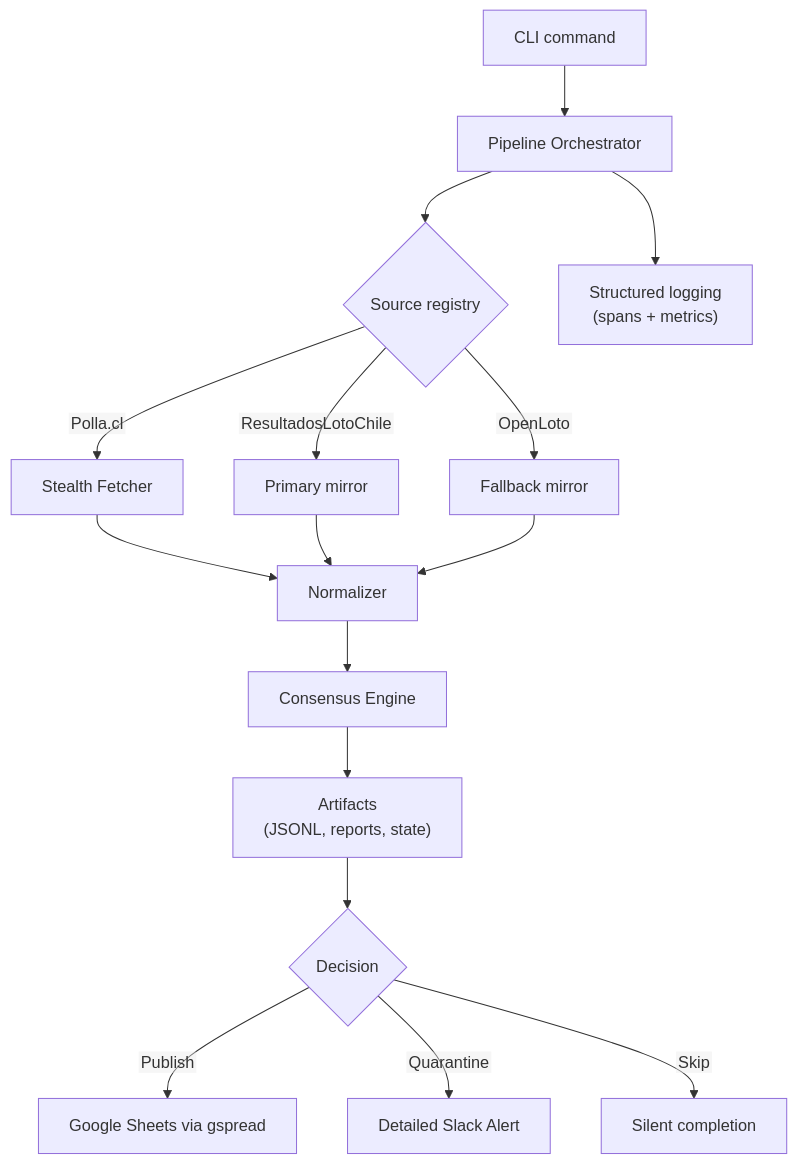
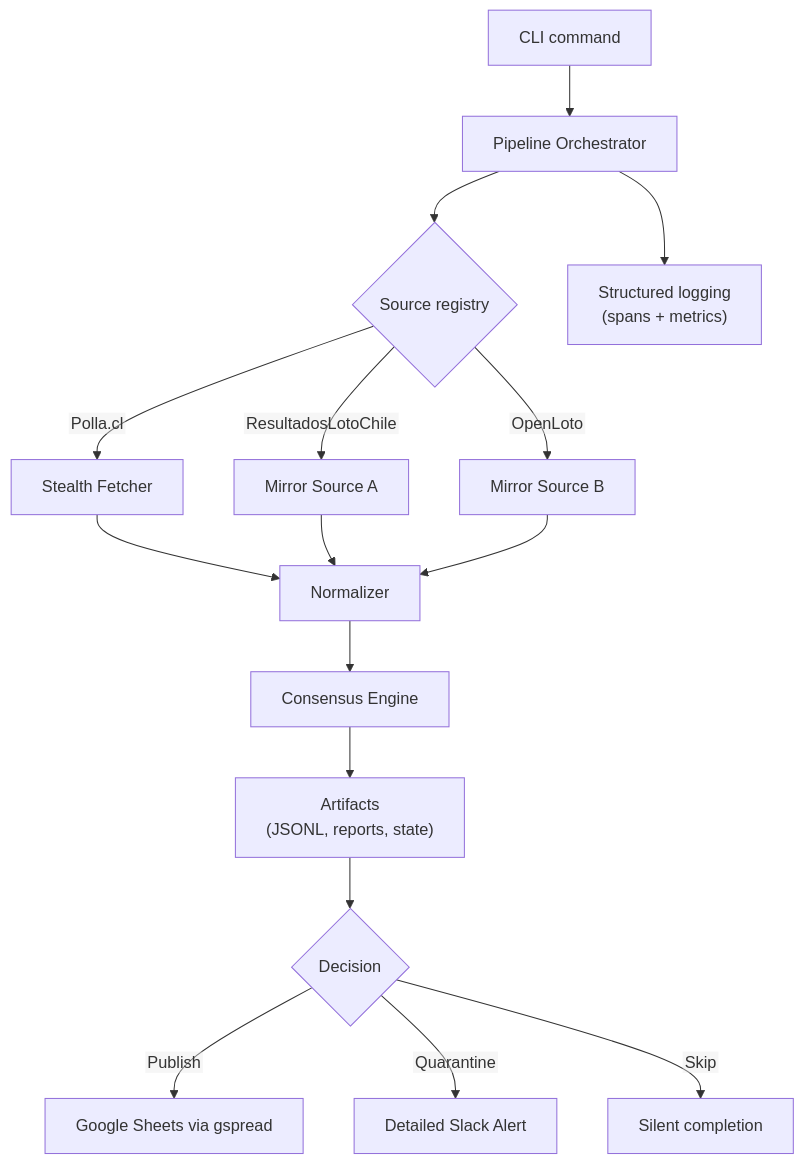
The diagram in README.md (cortega26/polla), drawn with Mermaid before and after one commit. The commit also changed other lines of this file and 1 other file, not shown here.

````diff
--- a/README.md
+++ b/README.md
@@ -28,17 +28,18 @@
 ```mermaid
 %%{init: {"themeVariables": {"fontSize":"16px"}, "flowchart": {"htmlLabels": false, "wrap": true}}}%%
 flowchart TB
   A[CLI command] --> B[Pipeline Orchestrator]
   B --> C{Source registry}
   C -->|Polla.cl| D[Stealth Fetcher]
-  C -->|ResultadosLotoChile| E[Primary mirror]
-  C -->|OpenLoto| F[Fallback mirror]
+  C -->|ResultadosLotoChile| E[Mirror Source A]
+  C -->|OpenLoto| F[Mirror Source B]
   D & E & F --> G[Normalizer]
   G --> H[Consensus Engine]
   H --> I["Artifacts<br/>(JSONL, reports, state)"]
   I --> J{Decision}
   J -->|Publish| K[Google Sheets via gspread]
   J -->|Quarantine| L[Detailed Slack Alert]
   J -->|Skip| M[Silent completion]
   B --> N["Structured logging<br/>(spans + metrics)"]
+
 ```
````
